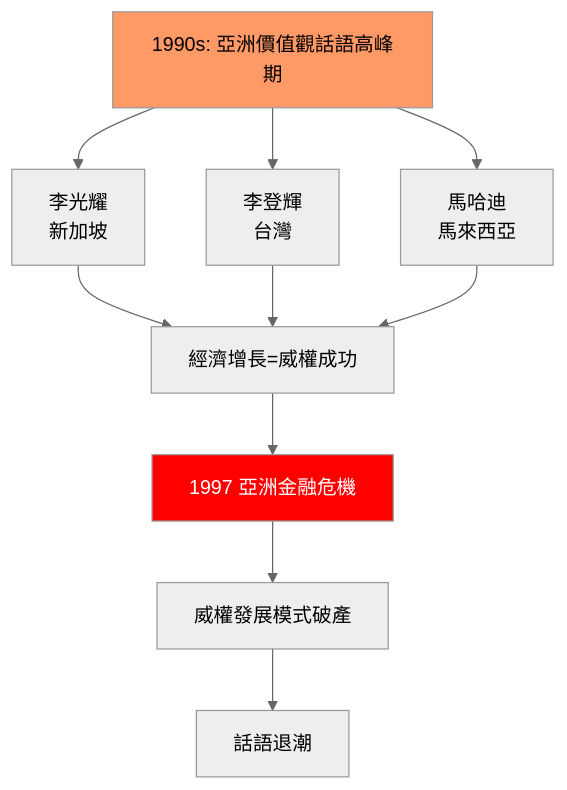
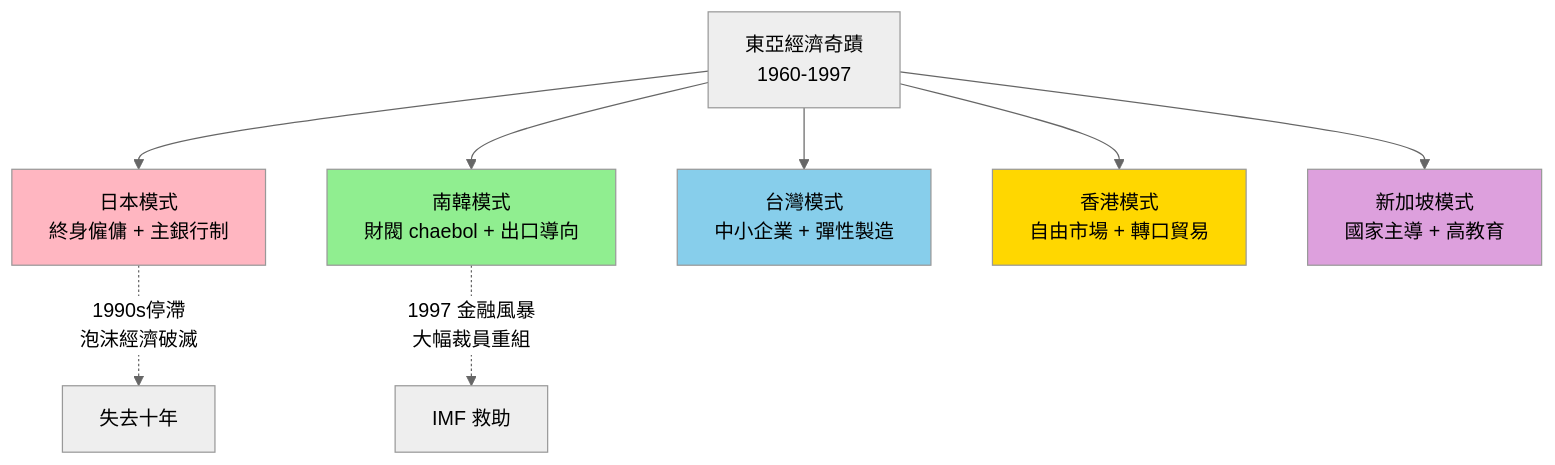
The eighth of 8 diagrams in 01_HKU_Courses/HIST1023_Modern_East_Asia.md (yip-lgtm/HKU-Harvard-History-Self-Study), drawn with Mermaid (neutral theme) before and after one commit. The commit also changed other lines of this file and 65 other files, not shown here.

````diff
--- a/01_HKU_Courses/HIST1023_Modern_East_Asia.md
+++ b/01_HKU_Courses/HIST1023_Modern_East_Asia.md
@@ -311,17 +308,15 @@
 ```mermaid
 graph TD
-    A[1990s: 亞洲價值觀話語高峰期] --> B[李光耀<br/>新加坡]
-    A --> C[李登輝<br/>台灣]
-    A --> D[馬哈迪<br/>馬來西亞]
-    
-    B --> E[經濟增長=威權成功]
-    C --> E
-    D --> E
-    
-    E --> F[1997 亞洲金融危機]
-    F --> G[威權發展模式破產]
-    G --> H[話語退潮]
-    
-    style A fill:#f96,color:#000
-    style F fill:#f00,color:#fff
+    A["東亞經濟奇蹟<br/>1960-1997"] --> B["日本模式<br/>終身僱傭 + 主銀行制"]
+    A --> C["南韓模式<br/>財閥 chaebol + 出口導向"]
+    A --> D["台灣模式<br/>中小企業 + 彈性製造"]
+    A --> E["香港模式<br/>自由市場 + 轉口貿易"]
+    A --> F["新加坡模式<br/>國家主導 + 高教育"]
+    B -.->|"1990s停滯<br/>泡沫經濟破滅"| B1["失去十年"]
+    C -.->|"1997 金融風暴<br/>大幅裁員重組"| C1["IMF 救助"]
+    style B fill:#FFB6C1
+    style C fill:#90EE90
+    style D fill:#87CEEB
+    style E fill:#FFD700
+    style F fill:#DDA0DD
 ```
````
